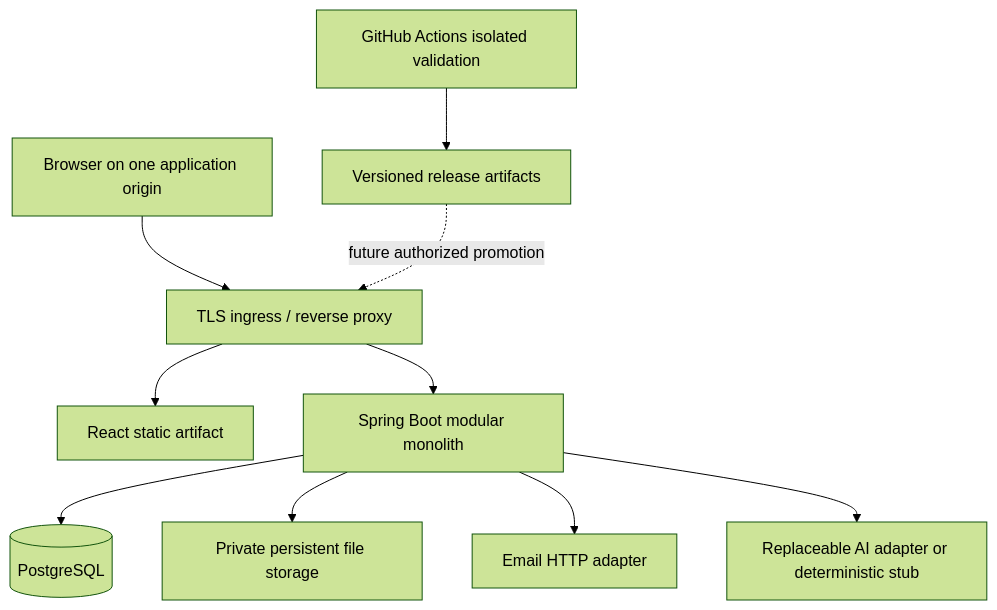
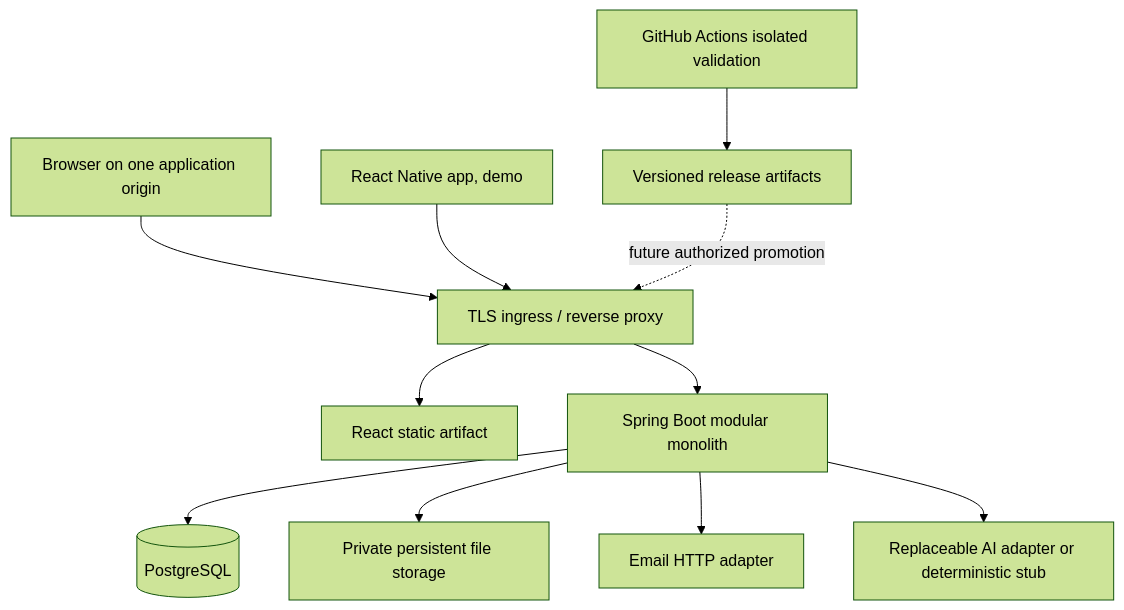
Before and after one commit to Aymenchaghoub/etaye: the second of 2 diagrams in docs/planning-artifacts/architecture/ARCHITECTURE-SPINE.md, drawn with Mermaid (forest theme). The commit also changed other lines of this file and 35 other files, not shown here.

First line of the commit message:
docs(decisions): choose React Native with Expo for the native app and keep mobile demo-only (ADR-010) (#28)

````diff
--- a/docs/planning-artifacts/architecture/ARCHITECTURE-SPINE.md
+++ b/docs/planning-artifacts/architecture/ARCHITECTURE-SPINE.md
@@ -131,12 +134,13 @@
 ```mermaid
 flowchart TB
   B[Browser on one application origin] --> G[TLS ingress / reverse proxy]
+  N[React Native app, demo] --> G
   G --> S[React static artifact]
   G --> A[Spring Boot modular monolith]
   A --> P[(PostgreSQL)]
   A --> F[Private persistent file storage]
   A --> E[Email HTTP adapter]
   A --> M[Replaceable AI adapter or deterministic stub]
   C[GitHub Actions isolated validation] --> R[Versioned release artifacts]
   R -. future authorized promotion .-> G
 ```
````
